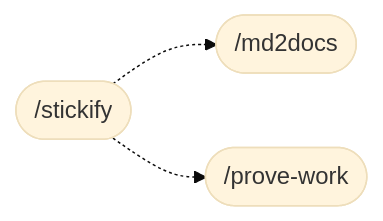
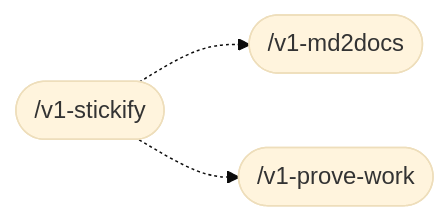
One commit to v1-io/v1tamins changed the sixth of 6 diagrams in README.md. Above: the diagram before and after it, drawn with Mermaid (base theme). The commit also changed other lines of this file and 105 other files, not shown here.

````diff
--- a/README.md
+++ b/README.md
@@ -231,8 +231,8 @@
 ```mermaid
 flowchart LR
-  A([/stickify]) -.-> B([/md2docs])
-  A -.-> C([/prove-work])
-  click A href "./.agents/skills/stickify/SKILL.md"
-  click B href "./.agents/skills/md2docs/SKILL.md"
-  click C href "./.agents/skills/prove-work/SKILL.md"
+  A([/v1-stickify]) -.-> B([/v1-md2docs])
+  A -.-> C([/v1-prove-work])
+  click A href "./plugins/v1tamins/skills/v1-stickify/SKILL.md"
+  click B href "./plugins/v1tamins/skills/v1-md2docs/SKILL.md"
+  click C href "./plugins/v1tamins/skills/v1-prove-work/SKILL.md"
 ```
````
